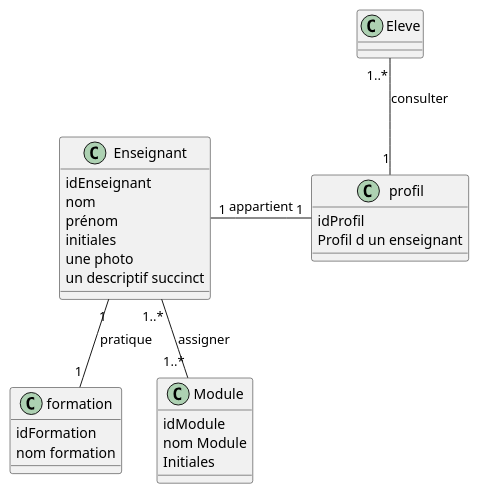
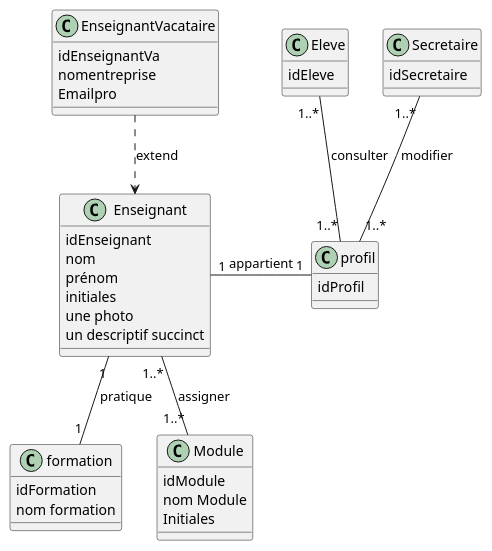
One commit to IUT-Blagnac/bcoo-retro2021-bcoo-retro2021-g16 changed the diagram in analyse/diagrammes/DiagrammeClasse.plantuml. Above: the diagram before and after it, drawn with PlantUML.

```diff
--- a/analyse/diagrammes/DiagrammeClasse.plantuml
+++ b/analyse/diagrammes/DiagrammeClasse.plantuml
@@ -1,37 +1,48 @@
 @startuml
 
 class Enseignant {
   idEnseignant
   nom
   prénom
   initiales 
   une photo
   un descriptif succinct
 }
 
 class formation{
   idFormation
   nom formation
 }
 
 class Module{
   idModule
   nom Module
   Initiales
 }
 
 class profil {
   idProfil
-  Profil d un enseignant
 }
 
 class Eleve{
+  idEleve
+}
 
+class Secretaire{
+ idSecretaire
+}
+
+class EnseignantVacataire {
+  idEnseignantVa
+  nomentreprise
+  Emailpro
 }
 
 Enseignant "1" -- "1" formation : pratique 
 Enseignant "1..*" -- "1..*" Module : assigner
 Enseignant "1" -right- "1" profil : appartient
-Eleve "1..*" -down- "1" profil : consulter
+Eleve "1..*" -down- "1..*" profil : consulter
+Secretaire "1..*" -- "1..*" profil : modifier
+EnseignantVacataire ..> Enseignant : extend
 
 @enduml
```
